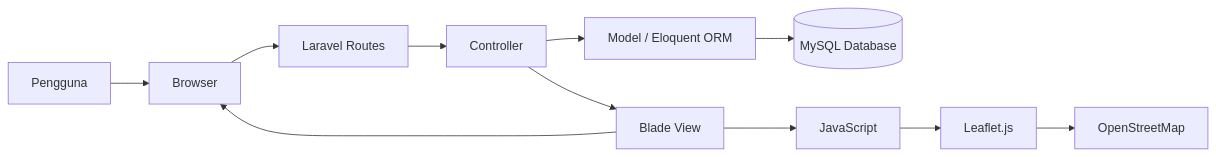
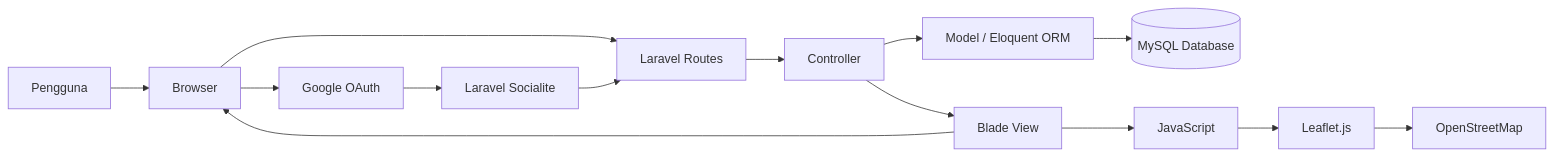
One commit to FathurrizqiRPL/UMKMKita changed the first of 2 diagrams in README.md. Above: the diagram before and after it, drawn with Mermaid. The commit also changed other lines of this file and 12 other files, not shown here.

````diff
--- a/README.md
+++ b/README.md
@@ -211,14 +213,20 @@
 ```mermaid
 flowchart LR
     A[Pengguna] --> B[Browser]
+
     B --> C[Laravel Routes]
     C --> D[Controller]
     D --> E[Model / Eloquent ORM]
     E --> F[(MySQL Database)]
+
     D --> G[Blade View]
     G --> B
 
     G --> H[JavaScript]
     H --> I[Leaflet.js]
     I --> J[OpenStreetMap]
+
+    B --> K[Google OAuth]
+    K --> L[Laravel Socialite]
+    L --> C
 ```
````
